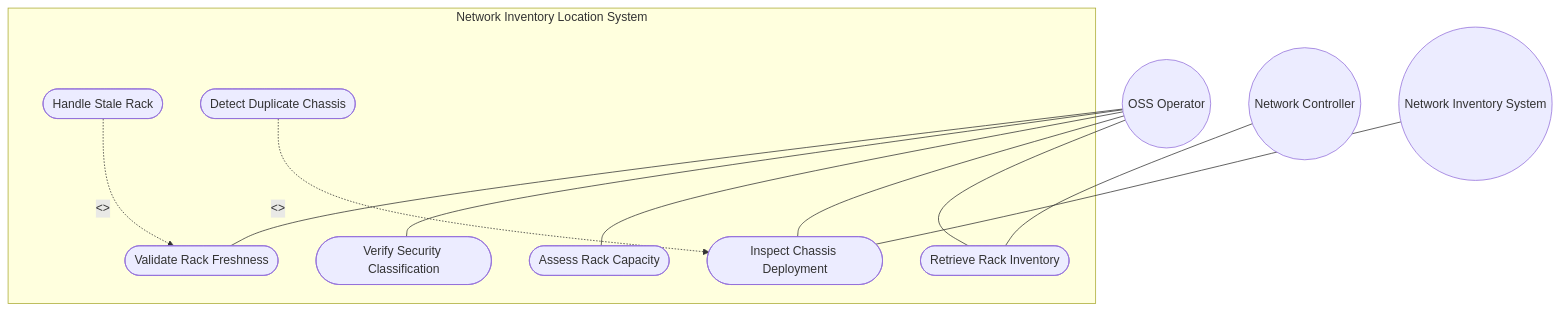
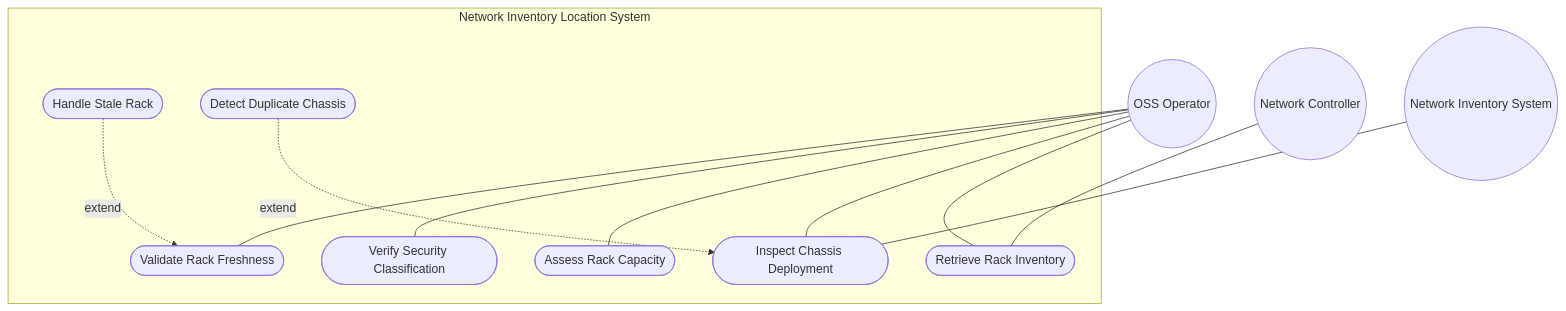
Before and after one commit to gintatkinson/3dgs-030: the first of 2 diagrams in docs/use-cases/uc-02-racks-container.md, drawn with Mermaid. The commit also changed 17 other files, not shown here.

Commit message:
docs: fix Mermaid UML rendering in all 18 use cases -- remove <<include>>/<<extend>> angle brackets causing GitHub renderer failure

````diff
--- a/docs/use-cases/uc-02-racks-container.md
+++ b/docs/use-cases/uc-02-racks-container.md
@@ -133,21 +133,21 @@
 ```mermaid
 graph TD
     subgraph "Network Inventory Location System"
         UC1([Retrieve Rack Inventory])
         UC2([Inspect Chassis Deployment])
         UC3([Assess Rack Capacity])
         UC4([Verify Security Classification])
         UC5([Validate Rack Freshness])
         UC6([Handle Stale Rack])
         UC7([Detect Duplicate Chassis])
     end
     OSS((OSS Operator)) --- UC1
     OSS --- UC2
     OSS --- UC3
     OSS --- UC4
     OSS --- UC5
-    UC6 -. "<<extend>>" .-> UC5
-    UC7 -. "<<extend>>" .-> UC2
+    UC6 -. "extend" .-> UC5
+    UC7 -. "extend" .-> UC2
     NC((Network Controller)) --- UC1
     NIS((Network Inventory System)) --- UC2
 ```
````
